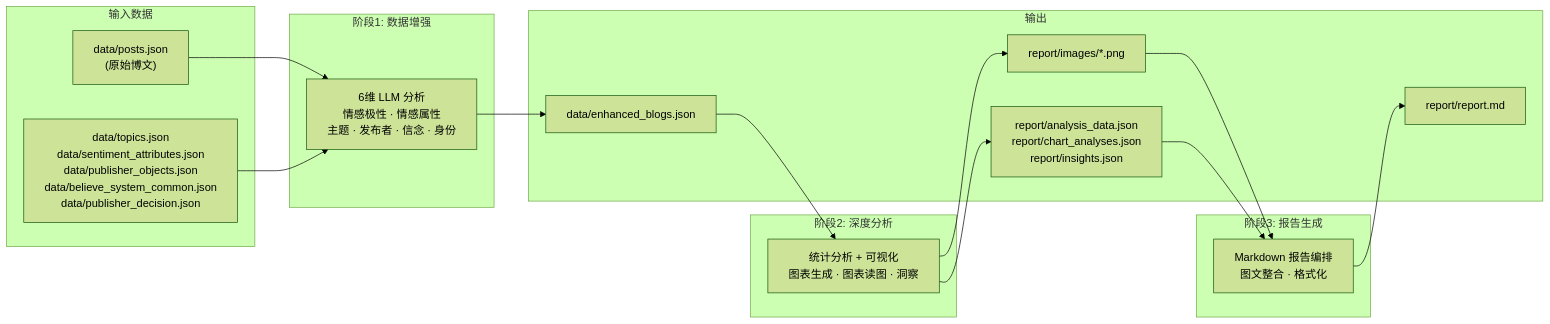
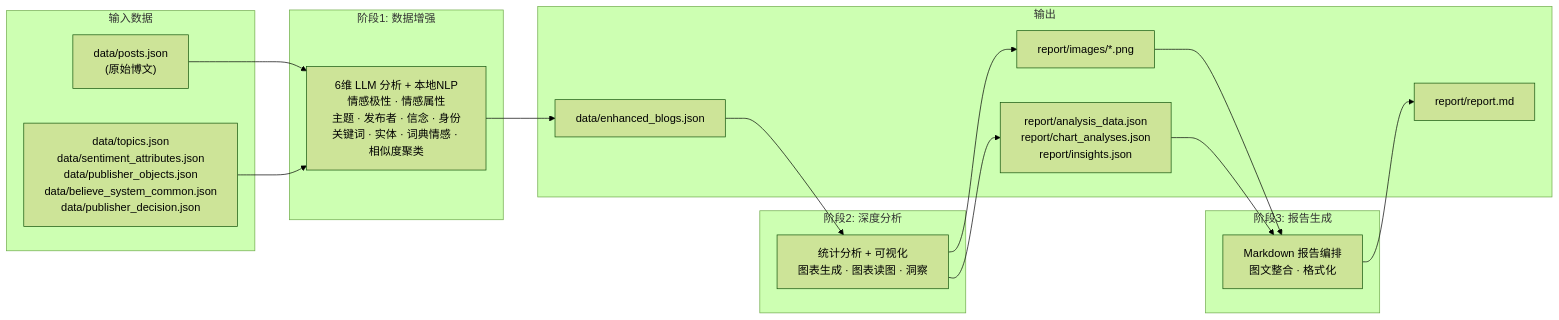
One commit to Hyacehila/AnalysisPosts changed the second of 3 diagrams in doc/design.md. Above: the diagram before and after it, drawn with Mermaid (forest theme). The commit also changed other lines of this file and 122 other files, not shown here.

Commit message:
feat: Implement a comprehensive multi-stage data analysis pipeline with NLP, LLM integration, and a new dashboard.

````diff
--- a/doc/design.md
+++ b/doc/design.md
@@ -64,36 +61,36 @@
 ```mermaid
 flowchart LR
     subgraph 输入数据
         RAW["data/posts.json<br>(原始博文)"]
         REF["data/topics.json<br>data/sentiment_attributes.json<br>data/publisher_objects.json<br>data/believe_system_common.json<br>data/publisher_decision.json"]
     end
 
     subgraph "阶段1: 数据增强"
-        S1["6维 LLM 分析<br>情感极性 · 情感属性<br>主题 · 发布者 · 信念 · 身份"]
+        S1["6维 LLM 分析 + 本地NLP<br>情感极性 · 情感属性<br>主题 · 发布者 · 信念 · 身份<br>关键词 · 实体 · 词典情感 · 相似度聚类"]
     end
 
     subgraph "阶段2: 深度分析"
         S2["统计分析 + 可视化<br>图表生成 · 图表读图 · 洞察"]
     end
 
     subgraph "阶段3: 报告生成"
         S3["Markdown 报告编排<br>图文整合 · 格式化"]
     end
 
     subgraph 输出
         ENH["data/enhanced_blogs.json"]
         CHARTS["report/images/*.png"]
-        ANALYSIS["report/analysis_data.json<br>report/chart_analyses.json<br>report/insights.json"]
-        REPORT["report/report.md"]
+    ANALYSIS["report/analysis_data.json<br>report/chart_analyses.json<br>report/insights.json"]
+    REPORT["report/report.md"]
     end
 
     RAW --> S1
     REF --> S1
     S1 --> ENH
     ENH --> S2
     S2 --> CHARTS
     S2 --> ANALYSIS
     CHARTS --> S3
     ANALYSIS --> S3
     S3 --> REPORT
 ```
````
